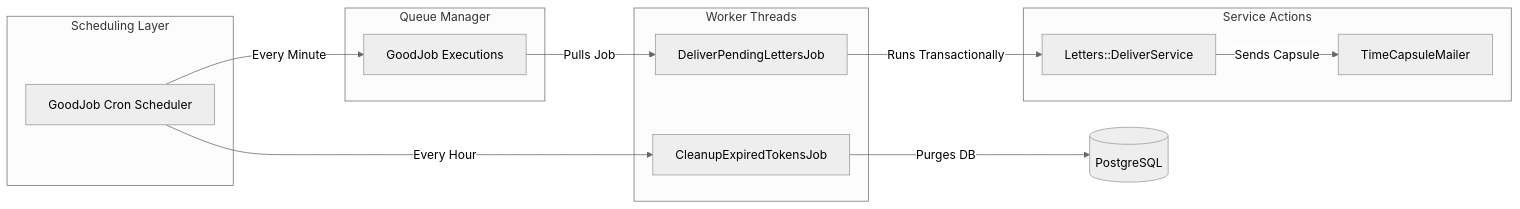
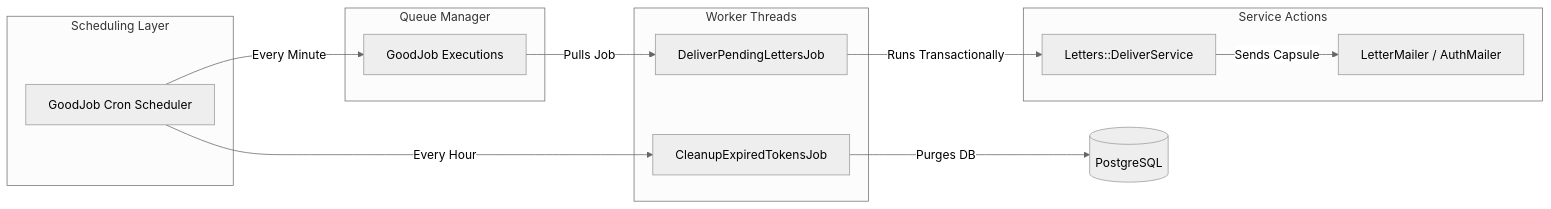
Before and after one commit to nmenag/time_echo: the fifth of 6 diagrams in docs/architecture.md, drawn with Mermaid (neutral theme). The commit also changed other lines of this file and 26 other files, not shown here.

````diff
--- a/docs/architecture.md
+++ b/docs/architecture.md
@@ -292,28 +292,28 @@
 ```mermaid
 graph LR
     subgraph Trigger [Scheduling Layer]
         Cron[GoodJob Cron Scheduler]
     end
 
     subgraph GoodJob [Queue Manager]
         Ready[GoodJob Executions]
     end
 
     subgraph Workers [Worker Threads]
         DelJob[DeliverPendingLettersJob]
         ClClean[CleanupExpiredTokensJob]
     end
 
     subgraph Execution [Service Actions]
         DS[Letters::DeliverService]
-        SMTP[TimeCapsuleMailer]
+        SMTP[LetterMailer / AuthMailer]
     end
 
     Cron -->|Every Minute| Ready
     Ready -->|Pulls Job| DelJob
     DelJob -->|Runs Transactionally| DS
     DS -->|Sends Capsule| SMTP
     
     Cron -->|Every Hour| ClClean
     ClClean -->|Purges DB| PG[(PostgreSQL)]
 ```
````
